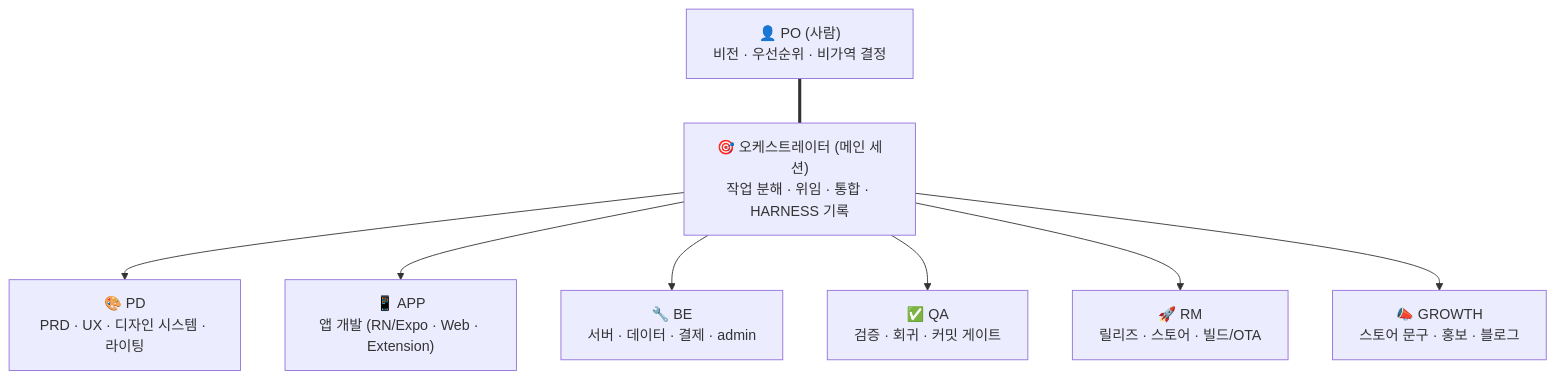
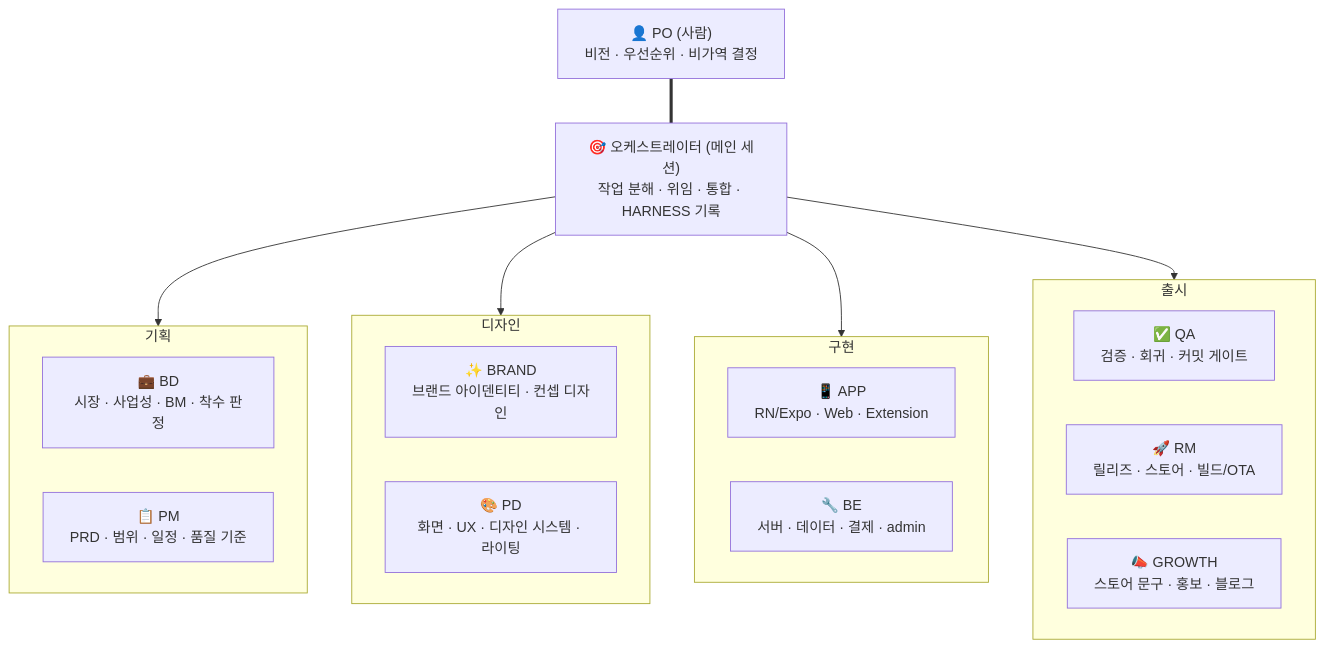
The first of 2 diagrams in TEAM.md (Komjirak/ai-team-kit), drawn with Mermaid before and after one commit. The commit also changed other lines of this file and 9 other files, not shown here.

````diff
--- a/TEAM.md
+++ b/TEAM.md
@@ -9,19 +9,29 @@
 ```mermaid
 graph TD
     PO["👤 PO (사람)<br/>비전 · 우선순위 · 비가역 결정"]
     ORCH["🎯 오케스트레이터 (메인 세션)<br/>작업 분해 · 위임 · 통합 · HARNESS 기록"]
-    PD["🎨 PD<br/>PRD · UX · 디자인 시스템 · 라이팅"]
-    APP["📱 APP<br/>앱 개발 (RN/Expo · Web · Extension)"]
-    BE["🔧 BE<br/>서버 · 데이터 · 결제 · admin"]
-    QA["✅ QA<br/>검증 · 회귀 · 커밋 게이트"]
-    RM["🚀 RM<br/>릴리즈 · 스토어 · 빌드/OTA"]
-    GROWTH["📣 GROWTH<br/>스토어 문구 · 홍보 · 블로그"]
+
+    subgraph PLAN ["기획"]
+        BD["💼 BD<br/>시장 · 사업성 · BM · 착수 판정"]
+        PM["📋 PM<br/>PRD · 범위 · 일정 · 품질 기준"]
+    end
+    subgraph DESIGN ["디자인"]
+        BRAND["✨ BRAND<br/>브랜드 아이덴티티 · 컨셉 디자인"]
+        PD["🎨 PD<br/>화면 · UX · 디자인 시스템 · 라이팅"]
+    end
+    subgraph BUILD ["구현"]
+        APP["📱 APP<br/>RN/Expo · Web · Extension"]
+        BE["🔧 BE<br/>서버 · 데이터 · 결제 · admin"]
+    end
+    subgraph SHIP ["출시"]
+        QA["✅ QA<br/>검증 · 회귀 · 커밋 게이트"]
+        RM["🚀 RM<br/>릴리즈 · 스토어 · 빌드/OTA"]
+        GROWTH["📣 GROWTH<br/>스토어 문구 · 홍보 · 블로그"]
+    end
 
     PO === ORCH
-    ORCH --> PD
-    ORCH --> APP
-    ORCH --> BE
-    ORCH --> QA
-    ORCH --> RM
-    ORCH --> GROWTH
+    ORCH --> PLAN
+    ORCH --> DESIGN
+    ORCH --> BUILD
+    ORCH --> SHIP
 ```
````
